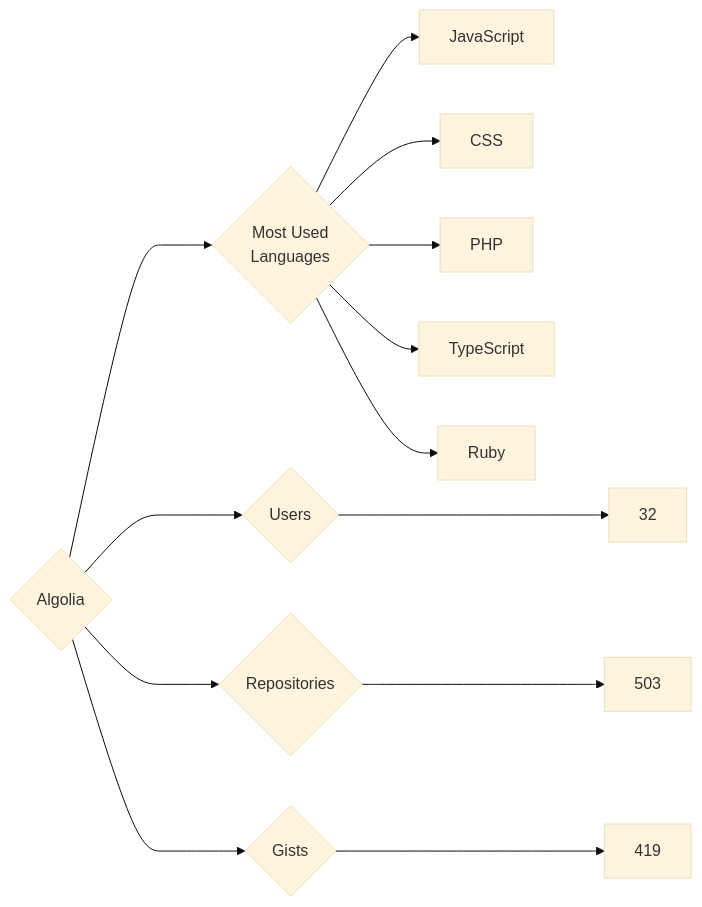
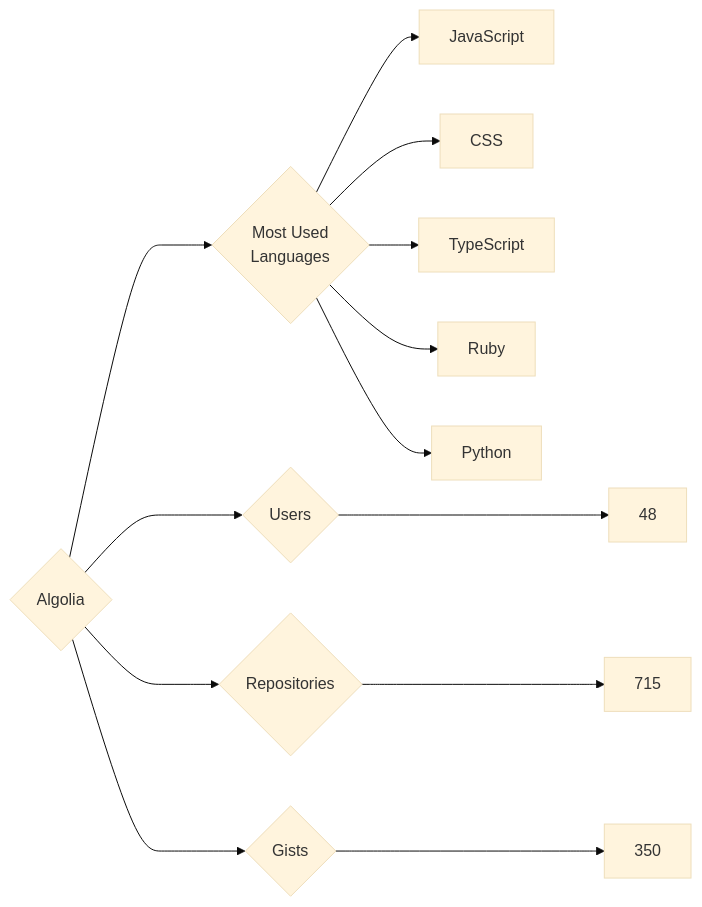
Before and after one commit to trickest/insiders: the diagram in targets/Algolia/README.md, drawn with Mermaid (base theme). The commit also changed 847 other files, not shown here.

````diff
--- a/targets/Algolia/README.md
+++ b/targets/Algolia/README.md
@@ -3,13 +3,13 @@
 ```mermaid
 graph LR
 COMPANY_NAME{Algolia}
-COMPANY_NAME ---> U{Users} ---> UN[32]
-COMPANY_NAME ---> R{Repositories} ---> RN[503]
-COMPANY_NAME ---> G{Gists} ---> GN[419]
+COMPANY_NAME ---> U{Users} ---> UN[48]
+COMPANY_NAME ---> R{Repositories} ---> RN[715]
+COMPANY_NAME ---> G{Gists} ---> GN[350]
 COMPANY_NAME ---> ML{Most Used<br>Languages}
 ML --> JavaScript[JavaScript]
 ML --> CSS[CSS]
-ML --> PHP[PHP]
 ML --> TypeScript[TypeScript]
 ML --> Ruby[Ruby]
+ML --> Python[Python]
 ```
````
